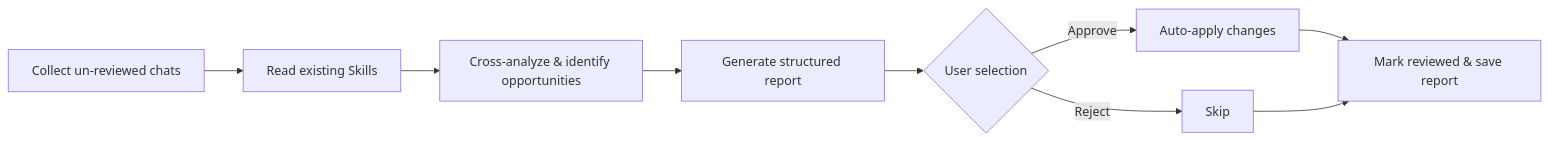
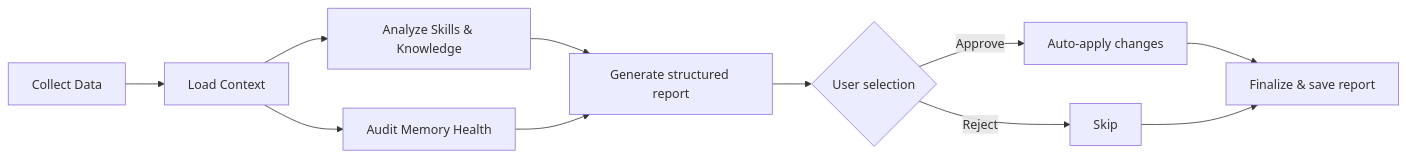
One commit to JackySummerfield/copilot-self-improving changed the diagram in README.en.md. Above: the diagram before and after it, drawn with Mermaid. The commit also changed other lines of this file and 6 other files, not shown here.

First line of the commit message:
feat: add memory health audit + skill creation conventions

````diff
--- a/README.en.md
+++ b/README.en.md
@@ -71,11 +73,13 @@
 ```mermaid
 graph LR
-    A[Collect un-reviewed chats] --> B[Read existing Skills]
-    B --> C[Cross-analyze & identify opportunities]
-    C --> D[Generate structured report]
-    D --> E{User selection}
-    E -->|Approve| F[Auto-apply changes]
-    E -->|Reject| G[Skip]
-    F --> H[Mark reviewed & save report]
-    G --> H
+    A[Collect Data] --> B[Load Context]
+    B --> C[Analyze Skills & Knowledge]
+    B --> D[Audit Memory Health]
+    C --> E[Generate structured report]
+    D --> E
+    E --> F{User selection}
+    F -->|Approve| G[Auto-apply changes]
+    F -->|Reject| H[Skip]
+    G --> I[Finalize & save report]
+    H --> I
 ```
````
